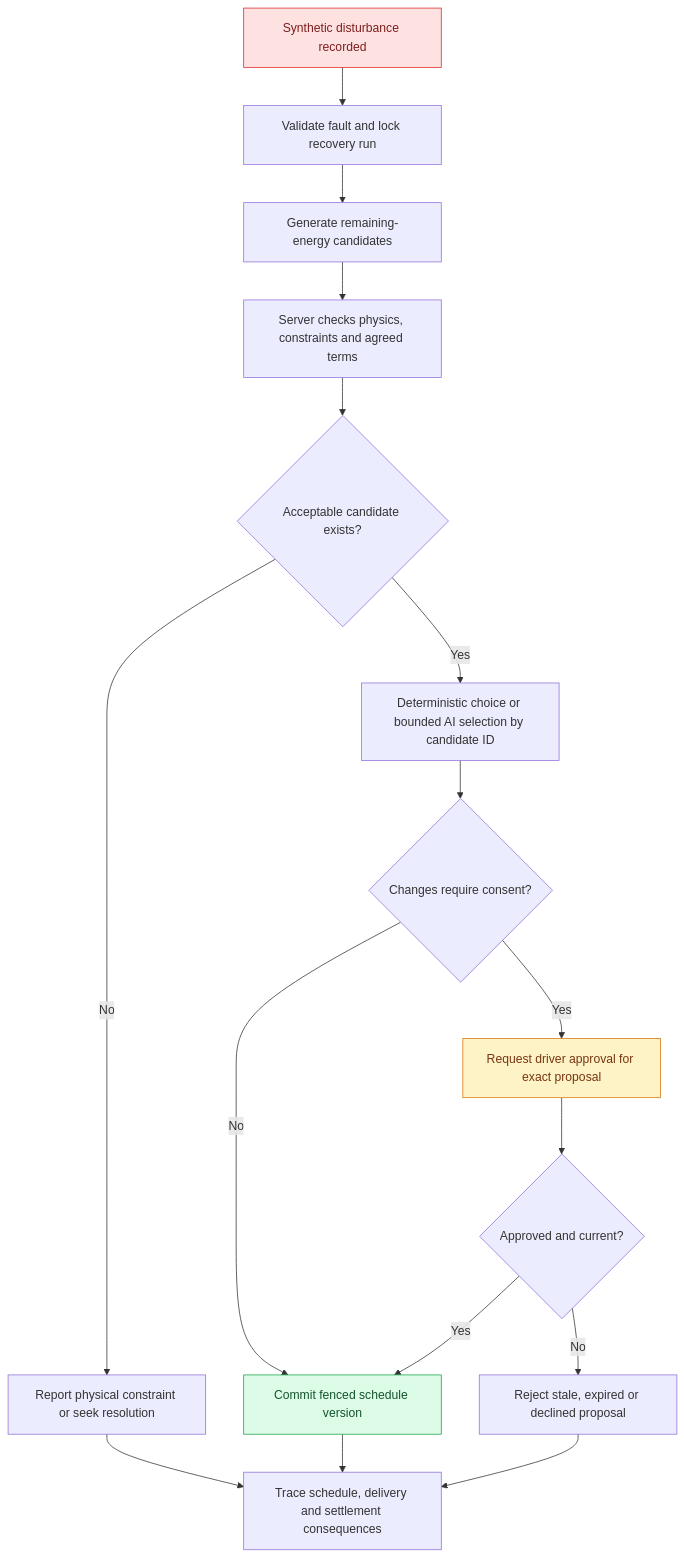
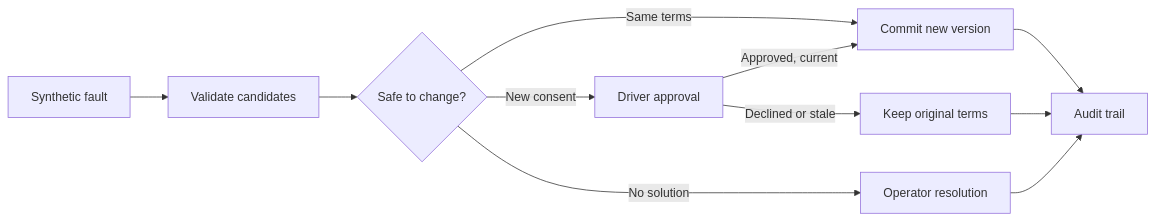
One commit to piyusha-sayal/gridwindow-flexpay changed the second of 5 diagrams in README.md. Above: the diagram before and after it, drawn with Mermaid. The commit also changed other lines of this file, not shown here.

````diff
--- a/README.md
+++ b/README.md
@@ -348,21 +245,13 @@
 ```mermaid
-flowchart TD
-    A[Synthetic disturbance recorded] --> B[Validate fault and lock recovery run]
-    B --> C[Generate remaining-energy candidates]
-    C --> D[Server checks physics, constraints and agreed terms]
-    D --> E{Acceptable candidate exists?}
-    E -->|No| F[Report physical constraint or seek resolution]
-    E -->|Yes| G[Deterministic choice or bounded AI selection by candidate ID]
-    G --> H{Changes require consent?}
-    H -->|No| I[Commit fenced schedule version]
-    H -->|Yes| J[Request driver approval for exact proposal]
-    J --> K{Approved and current?}
-    K -->|Yes| I
-    K -->|No| L[Reject stale, expired or declined proposal]
-    I --> M[Trace schedule, delivery and settlement consequences]
-    F --> M
-    L --> M
-    style A fill:#FEE2E2,stroke:#DC2626,color:#7F1D1D
-    style I fill:#DCFCE7,stroke:#16A34A,color:#14532D
-    style J fill:#FEF3C7,stroke:#D97706,color:#78350F
+flowchart LR
+  A[Synthetic fault] --> B[Validate candidates]
+  B --> C{Safe to change?}
+  C -->|Same terms| D[Commit new version]
+  C -->|New consent| E[Driver approval]
+  E -->|Approved, current| D
+  E -->|Declined or stale| F[Keep original terms]
+  C -->|No solution| G[Operator resolution]
+  D --> H[Audit trail]
+  F --> H
+  G --> H
 ```
````
